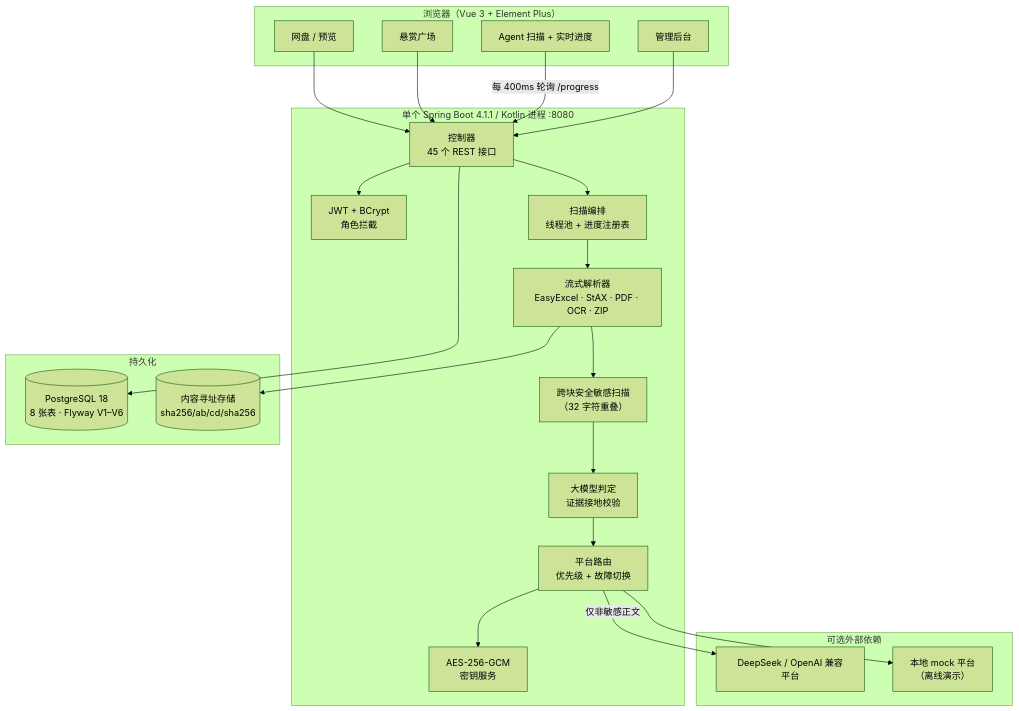
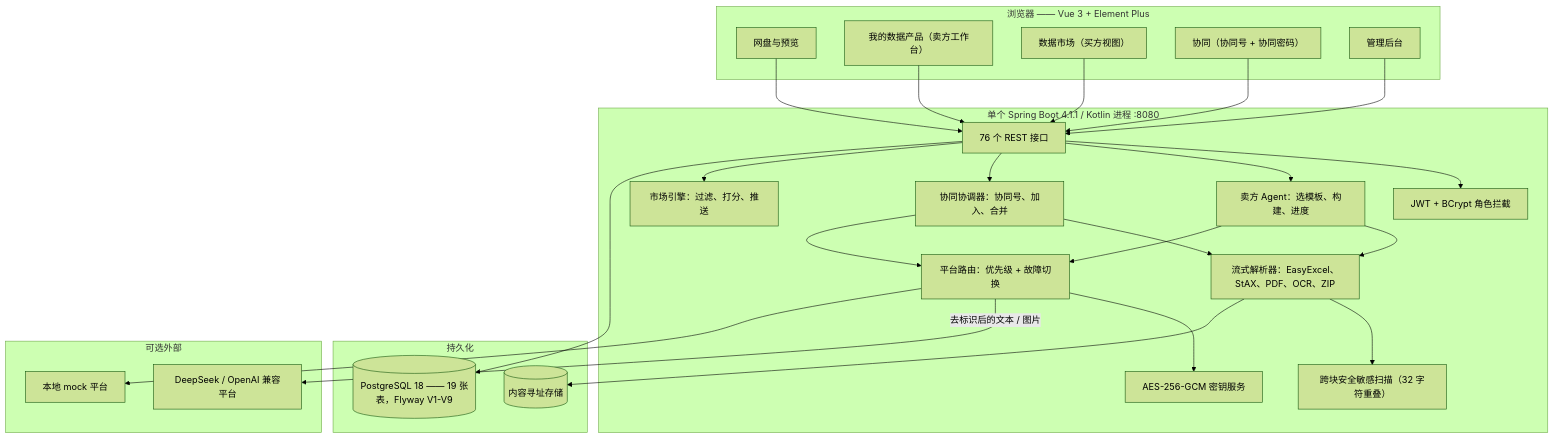
Before and after one commit to PanheadGG/agora-drive: the second of 7 diagrams in docs/www2026/WWW2026_Demo_AgentCloudDisk_ZH.md, drawn with Mermaid (forest theme). The commit also changed other lines of this file and 1 other file, not shown here.

Commit message:
docs: 重写 WWW2026 Demo 论文（多 Agent 协同版，中英双语，7 张 Mermaid + 5 张实拍图）

````diff
--- a/docs/www2026/WWW2026_Demo_AgentCloudDisk_ZH.md
+++ b/docs/www2026/WWW2026_Demo_AgentCloudDisk_ZH.md
@@ -62,43 +63,52 @@
 ```mermaid
 flowchart TB
-    subgraph FE["浏览器（Vue 3 + Element Plus）"]
-        V1["网盘 / 预览"]
-        V2["悬赏广场"]
-        V3["Agent 扫描 + 实时进度"]
-        V4["管理后台"]
+    subgraph FE["浏览器 —— Vue 3 + Element Plus"]
+        V1["网盘与预览"]
+        V2["我的数据产品（卖方工作台）"]
+        V3["数据市场（买方视图）"]
+        V4["协同（协同号 + 协同密码）"]
+        V5["管理后台"]
     end
 
     subgraph BE["单个 Spring Boot 4.1.1 / Kotlin 进程 :8080"]
-        C["控制器<br/>45 个 REST 接口"]
-        AUTH["JWT + BCrypt<br/>角色拦截"]
-        SCAN["扫描编排<br/>线程池 + 进度注册表"]
-        PARSE["流式解析器<br/>EasyExcel · StAX · PDF · OCR · ZIP"]
-        PII["跨块安全敏感扫描<br/>（32 字符重叠）"]
-        JUDGE["大模型判定<br/>证据接地校验"]
-        LLM["平台路由<br/>优先级 + 故障切换"]
-        CRYPT["AES-256-GCM<br/>密钥服务"]
+        C["76 个 REST 接口"]
+        AUTH["JWT + BCrypt 角色拦截"]
+        AGENT["卖方 Agent：选模板、构建、进度"]
+        PARSE["流式解析器：EasyExcel、StAX、PDF、OCR、ZIP"]
+        PII["跨块安全敏感扫描（32 字符重叠）"]
+        COLLAB["协同协调器：协同号、加入、合并"]
+        MARKET["市场引擎：过滤、打分、推送"]
+        LLM["平台路由：优先级 + 故障切换"]
+        CRYPT["AES-256-GCM 密钥服务"]
     end
 
     subgraph DATA["持久化"]
-        PG[("PostgreSQL 18<br/>8 张表 · Flyway V1–V6")]
-        FS[("内容寻址存储<br/>sha256/ab/cd/sha256")]
+        PG[("PostgreSQL 18 —— 19 张表，Flyway V1-V9")]
+        FS[("内容寻址存储")]
     end
 
-    subgraph EXT["可选外部依赖"]
+    subgraph EXT["可选外部"]
         DS["DeepSeek / OpenAI 兼容平台"]
-        MOCK["本地 mock 平台<br/>（离线演示）"]
+        MOCK["本地 mock 平台"]
     end
 
     V1 --> C
     V2 --> C
-    V3 -->|"每 400ms 轮询 /progress"| C
+    V3 --> C
     V4 --> C
+    V5 --> C
     C --> AUTH
-    C --> SCAN
-    SCAN --> PARSE --> PII --> JUDGE --> LLM
+    C --> AGENT
+    AGENT --> PARSE
+    PARSE --> PII
+    C --> COLLAB
+    COLLAB --> PARSE
+    C --> MARKET
+    AGENT --> LLM
+    COLLAB --> LLM
     LLM --> CRYPT
-    LLM -->|"仅非敏感正文"| DS
+    LLM -->|"去标识后的文本 / 图片"| DS
     LLM --> MOCK
     C --> PG
     PARSE --> FS
 ```
````
